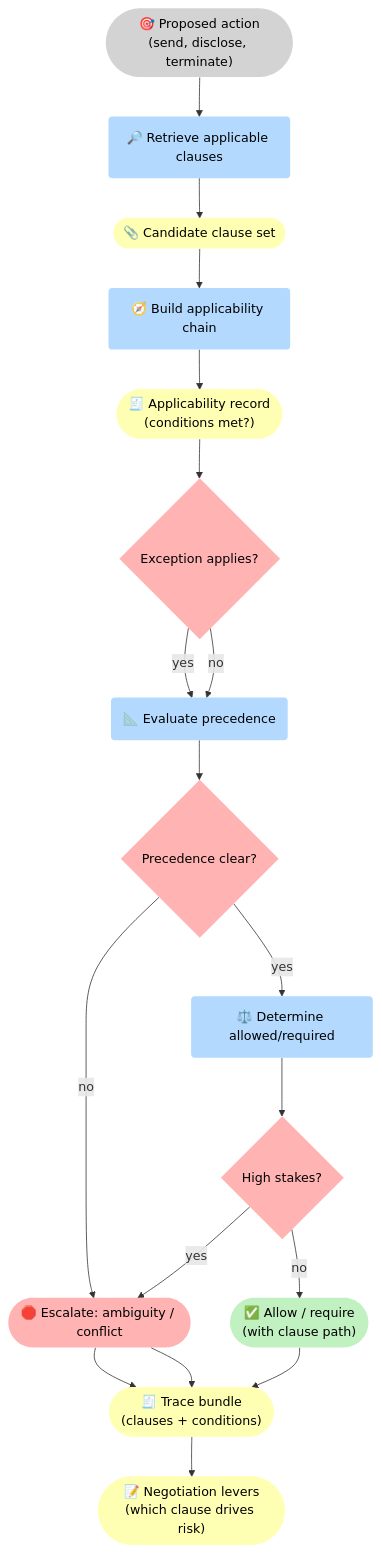
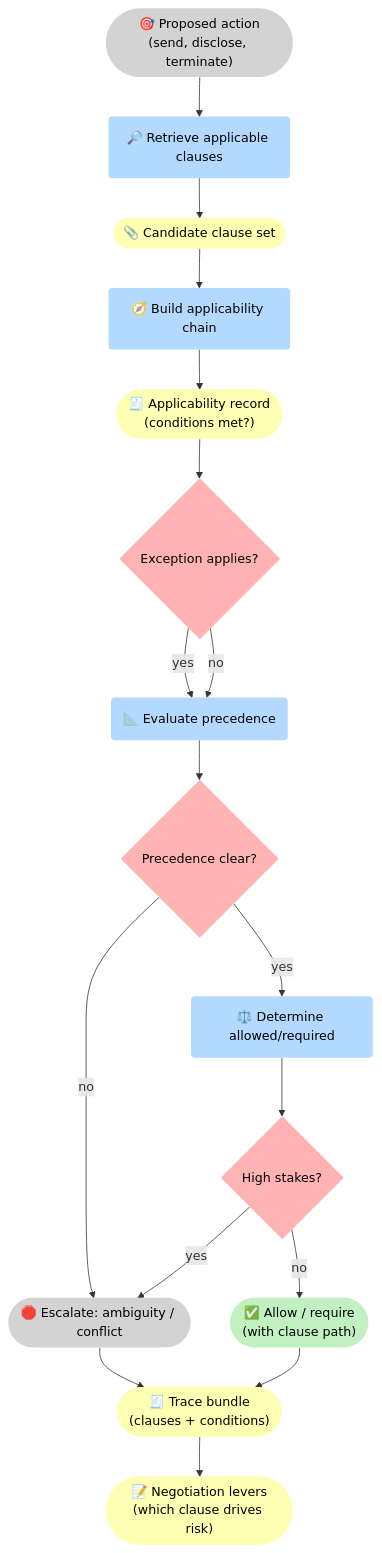
Before and after one commit to 5Reasons/5reasons.github.io: the third of 3 diagrams in docs/case-studies/legal.md, drawn with Mermaid. The commit also changed other lines of this file and 14 other files, not shown here.

First line of the commit message:
Refactor diagrams and improve clarity in blog posts and case studies

````diff
--- a/docs/case-studies/legal.md
+++ b/docs/case-studies/legal.md
@@ -175,41 +175,41 @@
 ```mermaid
 flowchart TB
 %% Styles (brModel Standard)
 classDef i fill:#D3D3D3,stroke-width:0px,color:#000;
 classDef p fill:#B3D9FF,stroke-width:0px,color:#000;
 classDef r fill:#FFFFB3,stroke-width:0px,color:#000;
 classDef o fill:#C1F0C1,stroke-width:0px,color:#000;
 classDef s fill:#FFB3B3,stroke-width:0px,color:#000;
 
 I_Q(["🎯 Proposed action<br>(send, disclose, terminate)"]):::i
 P_Find("🔎 Retrieve applicable clauses"):::p
 R_Set(["📎 Candidate clause set"]):::r
 
 P_App("🧭 Build applicability chain"):::p
 R_App(["🧾 Applicability record<br>(conditions met?)"]):::r
 G_Exc{"Exception applies?"}:::s
 
 P_Prec("📐 Evaluate precedence"):::p
 G_Prec{"Precedence clear?"}:::s
 
 P_Out("⚖️ Determine allowed/required"):::p
 G_Risk{"High stakes?"}:::s
 
 O_OK(["✅ Allow / require<br>(with clause path)"]):::o
-S_Esc(["🛑 Escalate: ambiguity / conflict"]):::s
+S_Esc(["🛑 Escalate: ambiguity / conflict"]):::i
 R_Tr(["🧾 Trace bundle<br>(clauses + conditions)"]):::r
 R_Neg(["📝 Negotiation levers<br>(which clause drives risk)"]):::r
 
 I_Q --> P_Find --> R_Set --> P_App --> R_App --> G_Exc
 G_Exc -->|"yes"| P_Prec
 G_Exc -->|"no"| P_Prec
 
 P_Prec --> G_Prec
 G_Prec -->|"no"| S_Esc --> R_Tr
 G_Prec -->|"yes"| P_Out --> G_Risk
 
-G_Risk -->|"yes"| S_Esc --> R_Tr
+G_Risk -->|"yes"| S_Esc
 G_Risk -->|"no"| O_OK --> R_Tr
 
 R_Tr --> R_Neg
 ```
````
